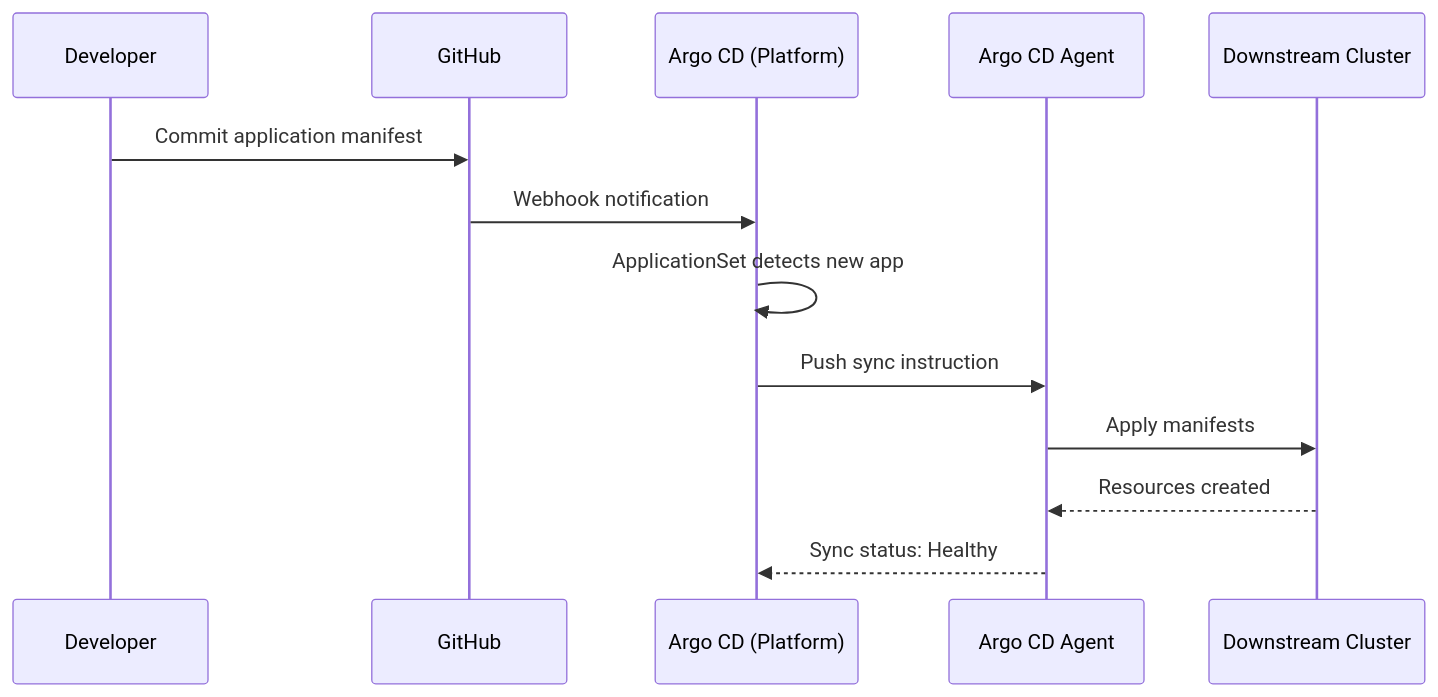
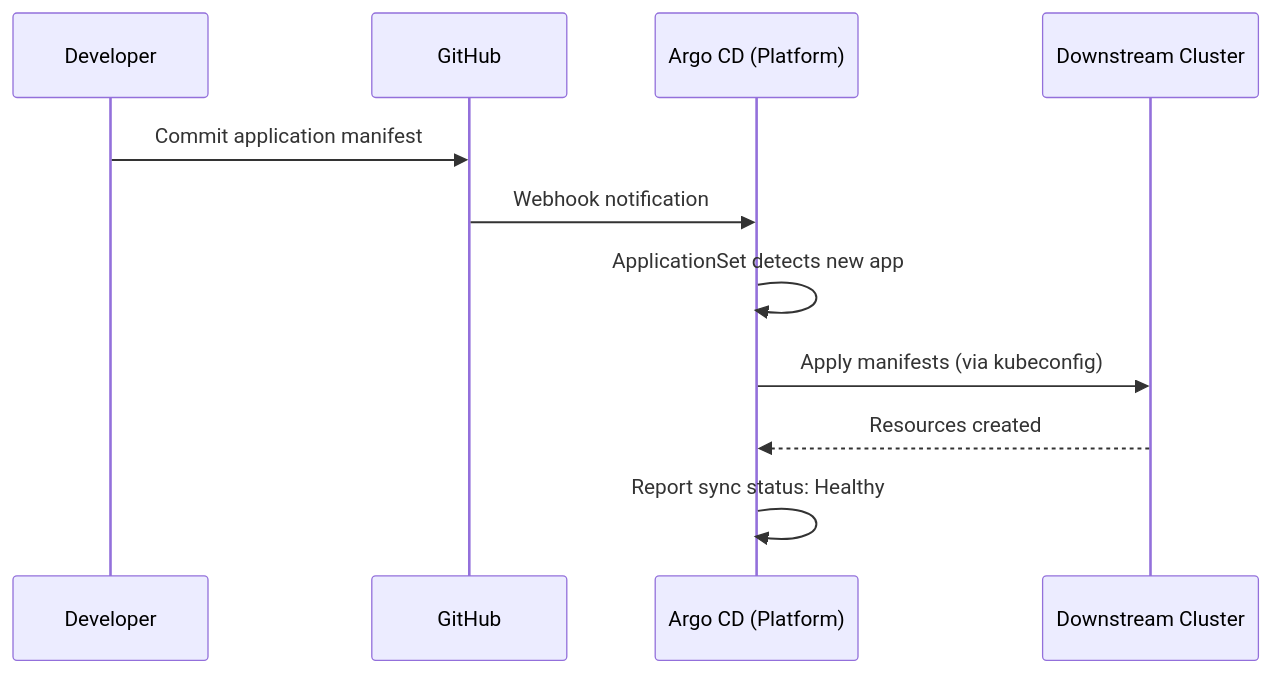
Before and after one commit to GilmanLab/lab: the fifth of 5 diagrams in docs/architecture/06_runtime_view.md, drawn with Mermaid. The commit also changed other lines of this file and 14 other files, not shown here.

````diff
--- a/docs/architecture/06_runtime_view.md
+++ b/docs/architecture/06_runtime_view.md
@@ -139,16 +145,14 @@
 ```mermaid
 sequenceDiagram
     participant Dev as Developer
     participant Git as GitHub
     participant Argo as Argo CD (Platform)
-    participant Agent as Argo CD Agent
     participant K8s as Downstream Cluster
 
     Dev->>Git: Commit application manifest
     Git->>Argo: Webhook notification
     Argo->>Argo: ApplicationSet detects new app
-    Argo->>Agent: Push sync instruction
-    Agent->>K8s: Apply manifests
-    K8s-->>Agent: Resources created
-    Agent-->>Argo: Sync status: Healthy
+    Argo->>K8s: Apply manifests (via kubeconfig)
+    K8s-->>Argo: Resources created
+    Argo->>Argo: Report sync status: Healthy
 ```
````
